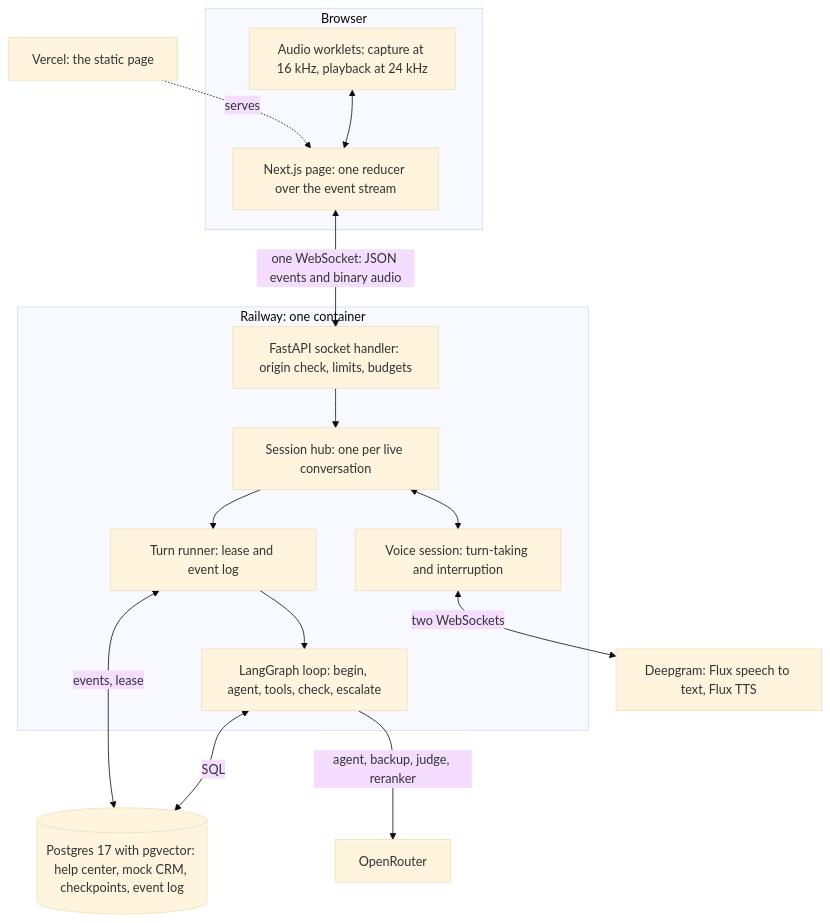
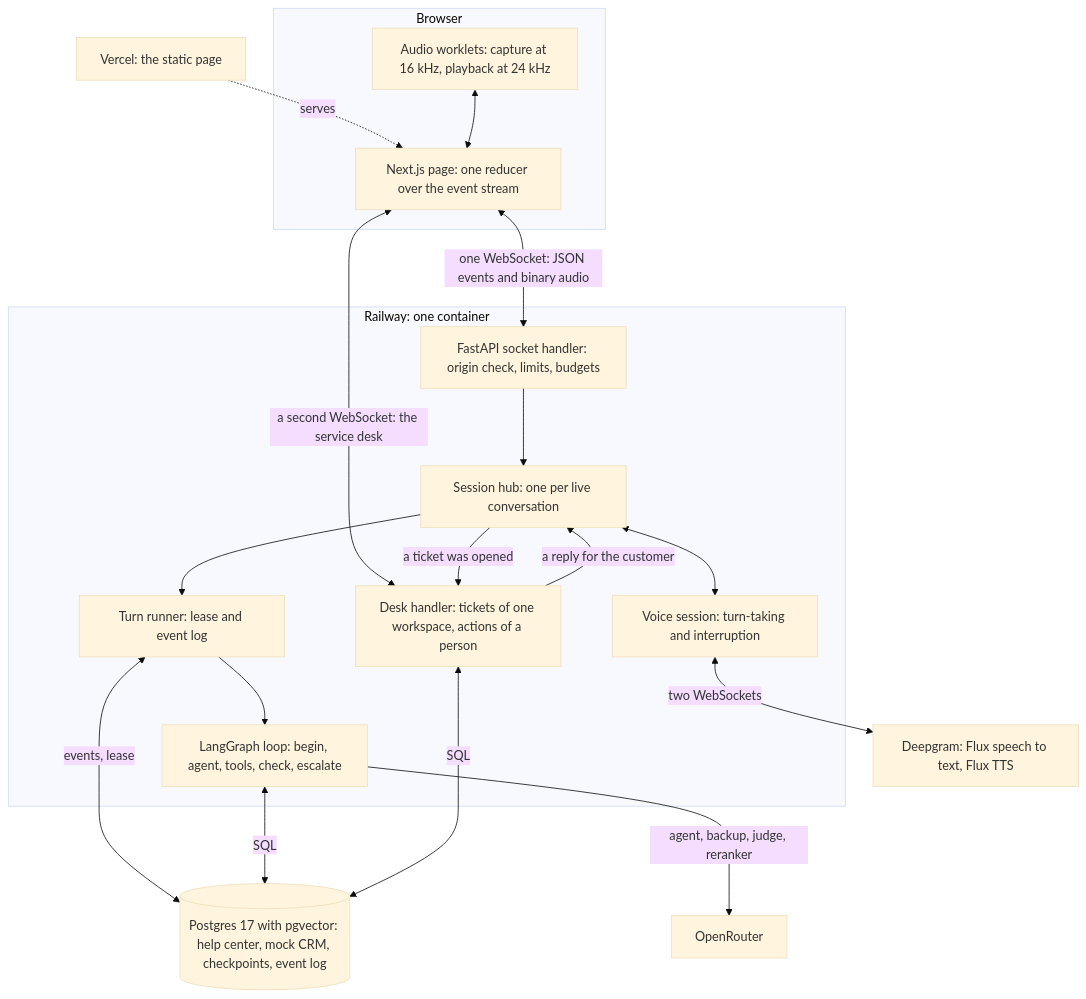
The first of 5 diagrams in ARCHITECTURE.md (raghav-rathi/AISupportAgent), drawn with Mermaid (base theme) before and after one commit. The commit also changed other lines of this file and 46 other files, not shown here.

First line of the commit message:
Service desk for the assistant's tickets, a seventh tool, and a new look

````diff
--- a/ARCHITECTURE.md
+++ b/ARCHITECTURE.md
@@ -7,25 +7,30 @@
 ```mermaid
 flowchart TB
     VC["Vercel: the static page"] -.->|"serves"| UI
     subgraph BR["Browser"]
         UI["Next.js page: one reducer over the event stream"]
         AW["Audio worklets: capture at 16 kHz, playback at 24 kHz"]
         AW <--> UI
     end
     UI <-->|"one WebSocket: JSON events and binary audio"| API
+    UI <-->|"a second WebSocket: the service desk"| DK
     subgraph RW["Railway: one container"]
         API["FastAPI socket handler: origin check, limits, budgets"]
         HUB["Session hub: one per live conversation"]
         RUN["Turn runner: lease and event log"]
         AG["LangGraph loop: begin, agent, tools, check, escalate"]
         VS["Voice session: turn-taking and interruption"]
+        DK["Desk handler: tickets of one workspace, actions of a person"]
         API --> HUB
         HUB --> RUN
         RUN --> AG
         HUB <--> VS
+        HUB -->|"a ticket was opened"| DK
+        DK -->|"a reply for the customer"| HUB
     end
     RUN <-->|"events, lease"| PG[("Postgres 17 with pgvector: help center, mock CRM, checkpoints, event log")]
     AG <-->|"SQL"| PG
+    DK <-->|"SQL"| PG
     AG -->|"agent, backup, judge, reranker"| ORT["OpenRouter"]
     VS <-->|"two WebSockets"| DG["Deepgram: Flux speech to text, Flux TTS"]
 ```
````
